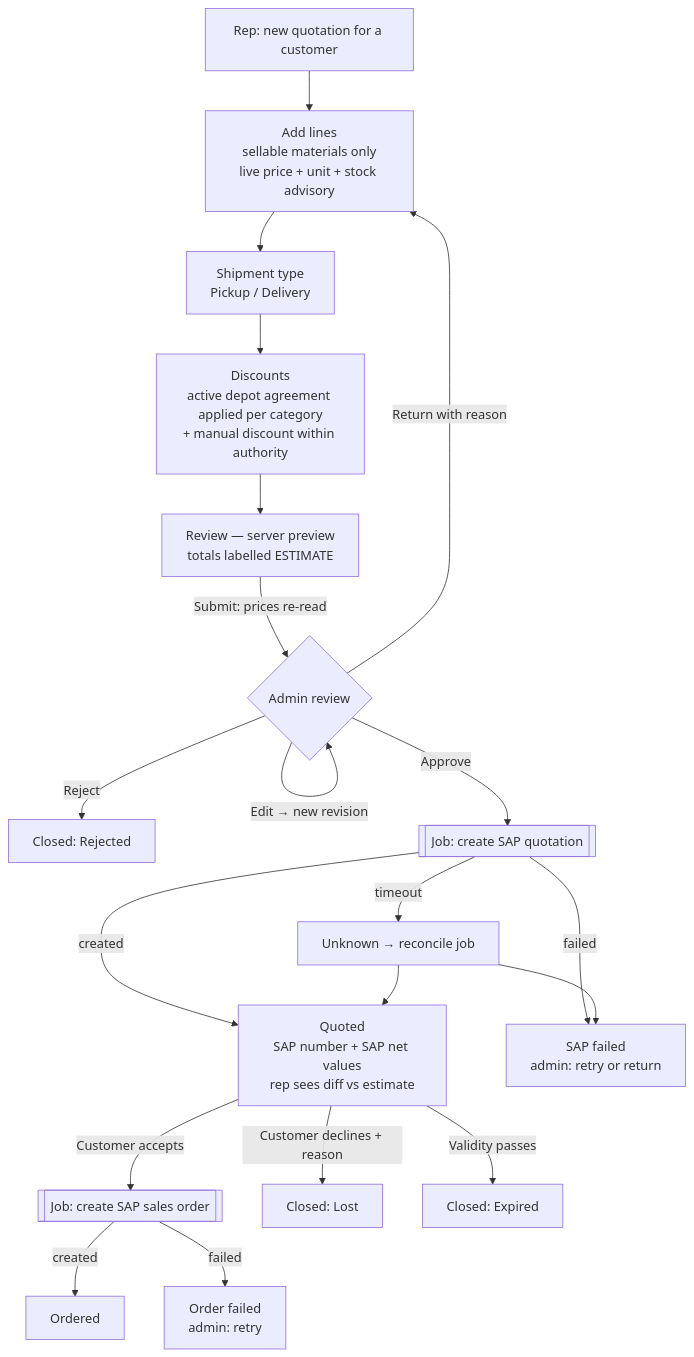
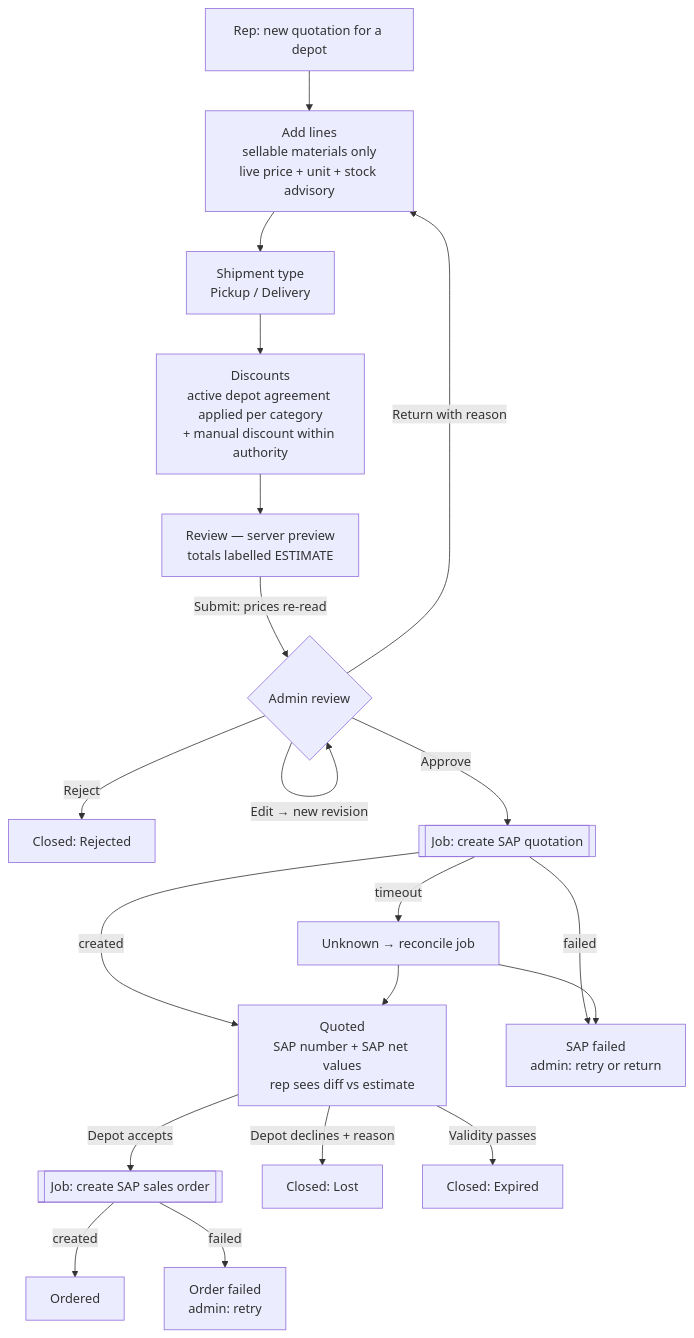
Before and after one commit to DyDev99/isi-steel-sales-mobile: the first of 3 diagrams in docs/feature/quotation-orders/quotation-orders-plan.md, drawn with Mermaid. The commit also changed other lines of this file and 822 other files, not shown here.

Commit message:
feat: rename customer to depot and add field credit limit

````diff
--- a/docs/feature/quotation-orders/quotation-orders-plan.md
+++ b/docs/feature/quotation-orders/quotation-orders-plan.md
@@ -235,22 +235,22 @@
 ```mermaid
 flowchart TD
-    A[Rep: new quotation for a customer] --> B[Add lines<br/>sellable materials only<br/>live price + unit + stock advisory]
+    A[Rep: new quotation for a depot] --> B[Add lines<br/>sellable materials only<br/>live price + unit + stock advisory]
     B --> C[Shipment type<br/>Pickup / Delivery]
     C --> D[Discounts<br/>active depot agreement applied per category<br/>+ manual discount within authority]
     D --> E[Review — server preview<br/>totals labelled ESTIMATE]
     E -->|Submit: prices re-read| F{Admin review}
     F -->|Return with reason| B
     F -->|Reject| X[Closed: Rejected]
     F -->|Edit → new revision| F
     F -->|Approve| G[[Job: create SAP quotation]]
     G -->|created| H[Quoted<br/>SAP number + SAP net values<br/>rep sees diff vs estimate]
     G -->|failed| GF[SAP failed<br/>admin: retry or return]
     G -->|timeout| GU[Unknown → reconcile job]
     GU --> H
     GU --> GF
-    H -->|Customer accepts| I[[Job: create SAP sales order]]
-    H -->|Customer declines + reason| L[Closed: Lost]
+    H -->|Depot accepts| I[[Job: create SAP sales order]]
+    H -->|Depot declines + reason| L[Closed: Lost]
     H -->|Validity passes| EX[Closed: Expired]
     I -->|created| O[Ordered]
     I -->|failed| OF[Order failed<br/>admin: retry]
 ```
````
